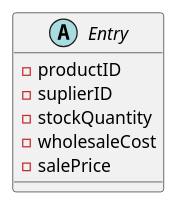
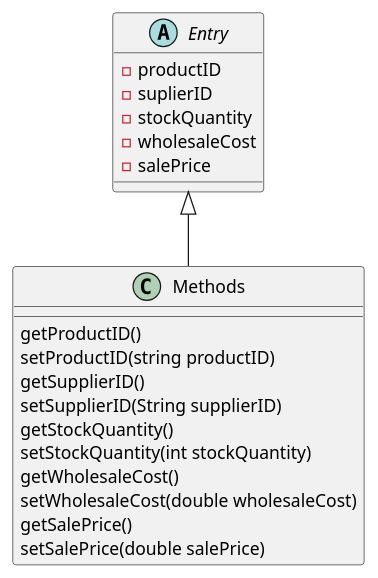
The diagram in src/entryDiag.puml (Kyle-Brown-edu/CS3250Team3), drawn with PlantUML before and after one commit.

```diff
--- a/src/entryDiag.puml
+++ b/src/entryDiag.puml
@@ -1,9 +1,22 @@
 @startuml
 abstract class "Entry"{
     -productID
     -suplierID
     -stockQuantity
     -wholesaleCost
     -salePrice
 }
+
+
+Entry <|-- Methods
+Methods : getProductID()
+Methods : setProductID(string productID)
+Methods : getSupplierID()
+Methods : setSupplierID(String supplierID)
+Methods : getStockQuantity()
+Methods : setStockQuantity(int stockQuantity)
+Methods : getWholesaleCost()
+Methods : setWholesaleCost(double wholesaleCost)
+Methods : getSalePrice()
+Methods : setSalePrice(double salePrice)
 @enduml
```
